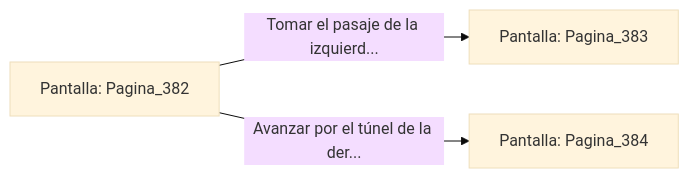
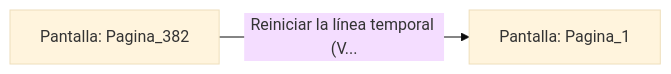
One commit to metsuke/mpl changed the diagram in sample/eligejuego-vault/Pantalla_Pagina_382.md. Above: the diagram before and after it, drawn with Mermaid (base theme). The commit also changed other lines of this file and 635 other files, not shown here.

First line of the commit message:
fix: añadir Pagina_1 como pantalla inicial en capitulo_01.mpl

````diff
--- a/sample/eligejuego-vault/Pantalla_Pagina_382.md
+++ b/sample/eligejuego-vault/Pantalla_Pagina_382.md
@@ -20,6 +17,5 @@
 ```mermaid
 graph LR
     P_Pagina_382["Pantalla: Pagina_382"]
-    P_Pagina_382 -->|"Tomar el pasaje de la izquierd..."| P_Pagina_383["Pantalla: Pagina_383"]
-    P_Pagina_382 -->|"Avanzar por el túnel de la der..."| P_Pagina_384["Pantalla: Pagina_384"]
+    P_Pagina_382 -->|"Reiniciar la línea temporal (V..."| P_Pagina_1["Pantalla: Pagina_1"]
 ```
````
